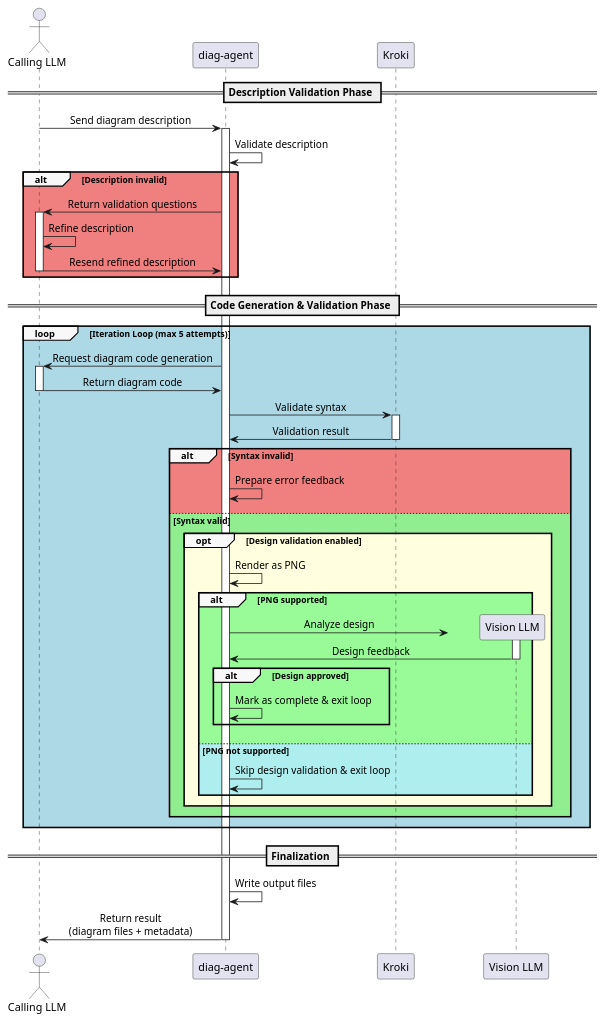
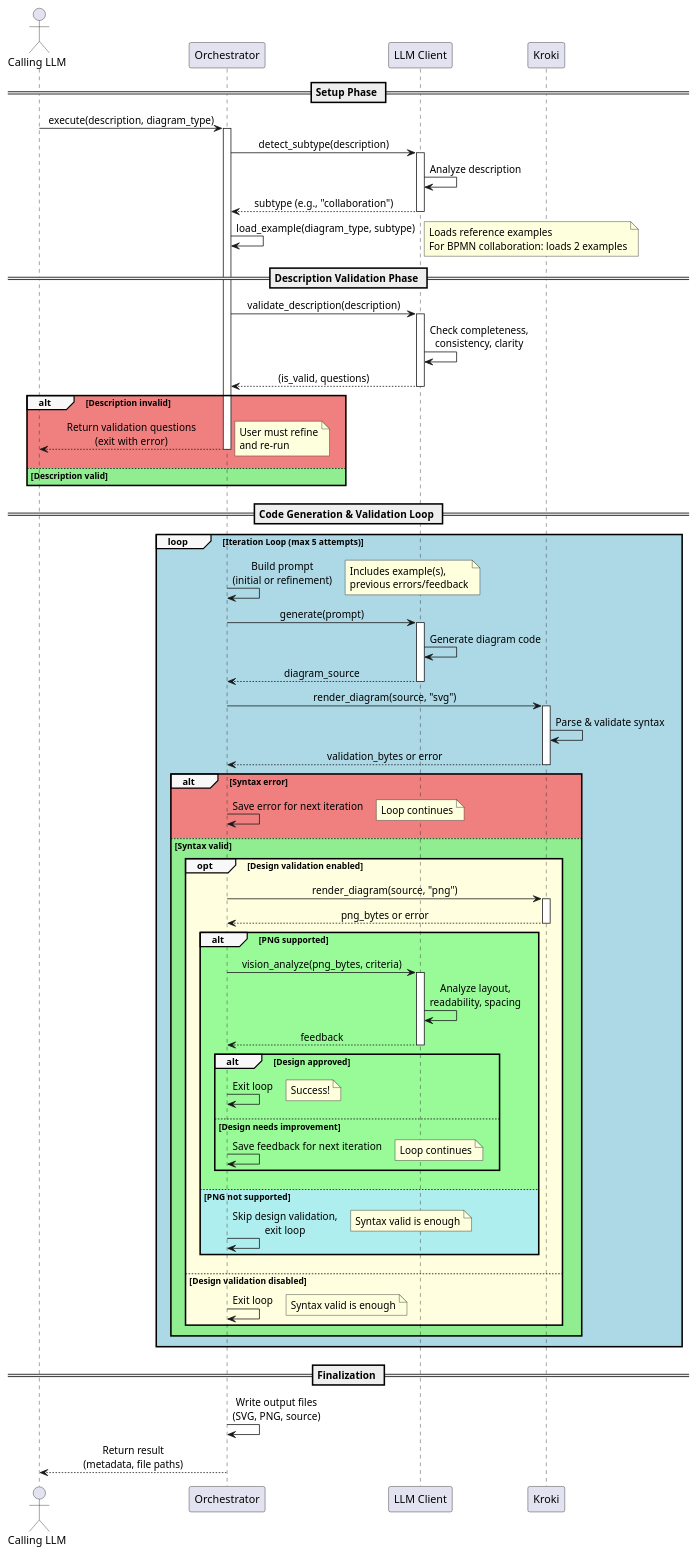
The diagram in docs/diagrams/orchestrator-workflow.puml (docToolchain/diag-agent), drawn with PlantUML before and after one commit. The commit also changed 1 other file, not shown here.

First paragraph of the commit message:
fix: correct orchestrator workflow sequence diagram inaccuracies
Fixed multiple inaccuracies in the PlantUML sequence diagram to accurately
reflect the actual implementation:

```diff
--- a/docs/diagrams/orchestrator-workflow.puml
+++ b/docs/diagrams/orchestrator-workflow.puml
@@ -1,74 +1,110 @@
 @startuml
 !pragma teoz true
 
 skinparam sequenceMessageAlign center
 skinparam BoxPadding 15
 skinparam ParticipantPadding 40
 skinparam SequenceBoxBorderColor #888888
 skinparam SequenceGroupBorderThickness 2
 skinparam SequenceGroupHeaderFontSize 12
 skinparam SequenceGroupHeaderFontStyle bold
 skinparam SequenceGroupBackgroundColor #F8F8F8
 
-actor "Calling LLM" as LLM
-participant "diag-agent" as Agent
+actor "Calling LLM" as User
+participant "Orchestrator" as Orch
+participant "LLM Client" as LLM
 participant "Kroki" as Kroki
+
+== Setup Phase ==
+
+User -> Orch: execute(description, diagram_type)
+activate Orch
+
+Orch -> LLM: detect_subtype(description)
+activate LLM
+LLM -> LLM: Analyze description
+LLM --> Orch: subtype (e.g., "collaboration")
+deactivate LLM
+
+Orch -> Orch: load_example(diagram_type, subtype)
+note right: Loads reference examples\nFor BPMN collaboration: loads 2 examples
 
 == Description Validation Phase ==
 
-LLM -> Agent: Send diagram description
-activate Agent
-Agent -> Agent: Validate description
+Orch -> LLM: validate_description(description)
+activate LLM
+LLM -> LLM: Check completeness,\nconsistency, clarity
+LLM --> Orch: (is_valid, questions)
+deactivate LLM
 
 alt #LightCoral Description invalid
-    Agent -> LLM: Return validation questions
-    activate LLM
-    LLM -> LLM: Refine description
-    LLM -> Agent: Resend refined description
-    deactivate LLM
+    Orch --> User: Return validation questions\n(exit with error)
+    note right: User must refine\nand re-run
+    deactivate Orch
+else #LightGreen Description valid
+    note right: Continue to generation
 end
 
-== Code Generation & Validation Phase ==
+== Code Generation & Validation Loop ==
 
 loop #LightBlue Iteration Loop (max 5 attempts)
-    
-    Agent -> LLM: Request diagram code generation
+
+    Orch -> Orch: Build prompt\n(initial or refinement)
+    note right: Includes example(s),\nprevious errors/feedback
+
+    Orch -> LLM: generate(prompt)
     activate LLM
-    LLM -> Agent: Return diagram code
+    LLM -> LLM: Generate diagram code
+    LLM --> Orch: diagram_source
     deactivate LLM
-    
-    Agent -> Kroki: Validate syntax
+
+    Orch -> Kroki: render_diagram(source, "svg")
     activate Kroki
-    Kroki -> Agent: Validation result
+    Kroki -> Kroki: Parse & validate syntax
+    Kroki --> Orch: validation_bytes or error
     deactivate Kroki
-    
-    alt #LightCoral Syntax invalid
-        Agent -> Agent: Prepare error feedback
+
+    alt #LightCoral Syntax error
+        Orch -> Orch: Save error for next iteration
+        note right: Loop continues
     else #LightGreen Syntax valid
+
         opt #LightYellow Design validation enabled
-            Agent -> Agent: Render as PNG
-            
+
+            Orch -> Kroki: render_diagram(source, "png")
+            activate Kroki
+            Kroki --> Orch: png_bytes or error
+            deactivate Kroki
+
             alt #PaleGreen PNG supported
-                create participant "Vision LLM" as Vision
-                Agent -> Vision: Analyze design
-                activate Vision
-                Vision -> Agent: Design feedback
-                deactivate Vision
-                
+                Orch -> LLM: vision_analyze(png_bytes, criteria)
+                activate LLM
+                LLM -> LLM: Analyze layout,\nreadability, spacing
+                LLM --> Orch: feedback
+                deactivate LLM
+
                 alt Design approved
-                    Agent -> Agent: Mark as complete & exit loop
+                    Orch -> Orch: Exit loop
+                    note right: Success!
+                else Design needs improvement
+                    Orch -> Orch: Save feedback for next iteration
+                    note right: Loop continues
                 end
             else #PaleTurquoise PNG not supported
-                Agent -> Agent: Skip design validation & exit loop
+                Orch -> Orch: Skip design validation,\nexit loop
+                note right: Syntax valid is enough
             end
+        else Design validation disabled
+            Orch -> Orch: Exit loop
+            note right: Syntax valid is enough
         end
     end
 end
 
 == Finalization ==
 
-Agent -> Agent: Write output files
-Agent -> LLM: Return result\n(diagram files + metadata)
-deactivate Agent
+Orch -> Orch: Write output files\n(SVG, PNG, source)
+Orch --> User: Return result\n(metadata, file paths)
+deactivate Orch
 
 @enduml
```
